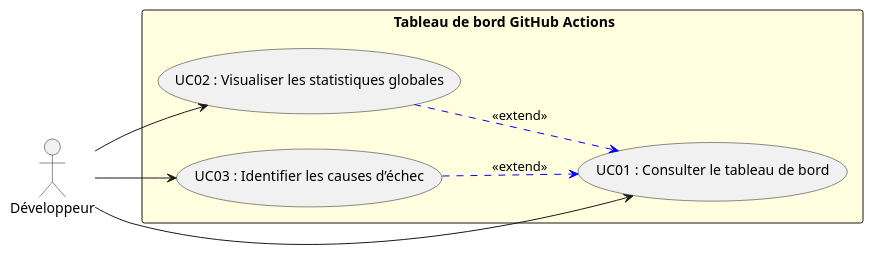
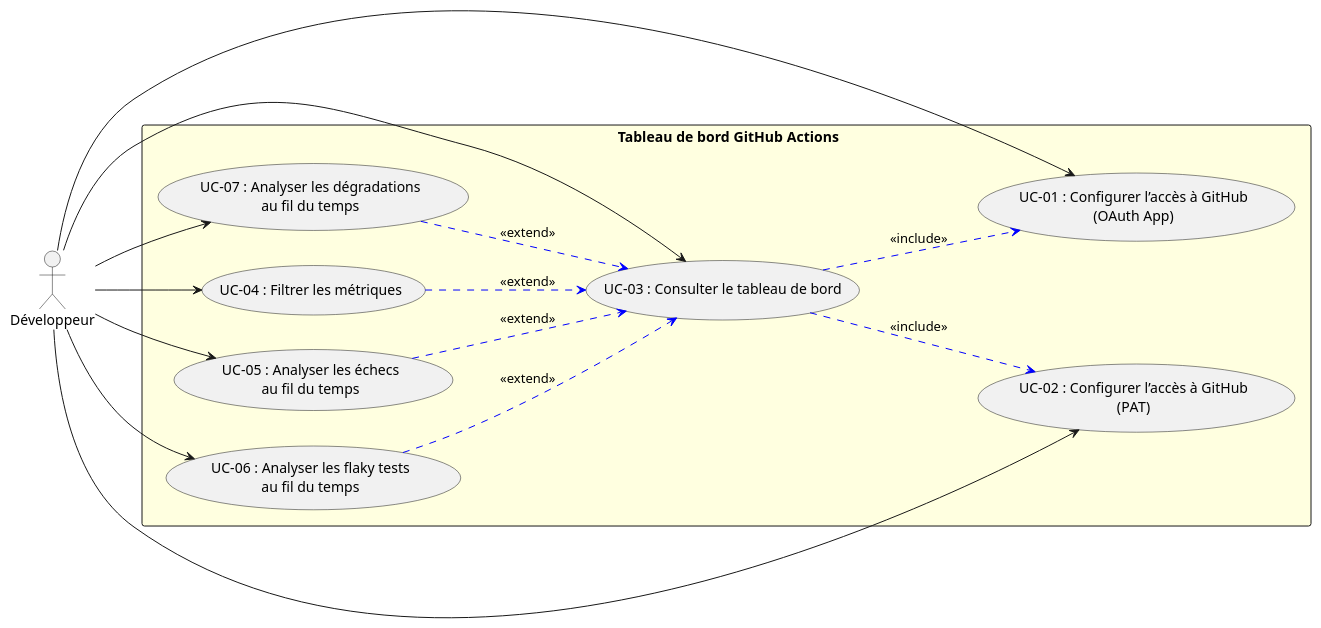
Before and after one commit to stilab-ets/GHA-Dashboard: the diagram in doc/use_case_diagram.puml, drawn with PlantUML. The commit also changed 25 other files, not shown here.

```diff
--- a/doc/use_case_diagram.puml
+++ b/doc/use_case_diagram.puml
@@ -1,21 +1,37 @@
 @startuml
 left to right direction
 actor "Développeur" as Dev
 
 rectangle " Tableau de bord GitHub Actions" #LightYellow {
-  
-  usecase "UC01 : Consulter le tableau de bord" as UC01
-  
-  usecase "UC02 : Visualiser les statistiques globales" as UC02
+  usecase "UC-01 : Configurer l’accès à GitHub\n(OAuth App)" as UC01
 
-  usecase "UC03 : Identifier les causes d’échec" as UC03
+  usecase "UC-02 : Configurer l’accès à GitHub\n(PAT)" as UC02
+
+  usecase "UC-03 : Consulter le tableau de bord" as UC03
+
+  usecase "UC-04 : Filtrer les métriques" as UC04
+
+  usecase "UC-05 : Analyser les échecs\nau fil du temps" as UC05
+
+  usecase "UC-06 : Analyser les flaky tests\nau fil du temps" as UC06
+
+  usecase "UC-07 : Analyser les dégradations\nau fil du temps" as UC07
 }
 
 Dev --> UC01
 Dev --> UC02
 Dev --> UC03
+Dev --> UC04
+Dev --> UC05
+Dev --> UC06
+Dev --> UC07
 
-UC02 -[#blue,dashed]-> UC01 : <<extend>>
-UC03 -[#blue,dashed]-> UC01 : <<extend>>
+UC03 -[#blue,dashed]-> UC01 : <<include>>
+UC03 -[#blue,dashed]-> UC02 : <<include>>
+
+UC04 -[#blue,dashed]-> UC03 : <<extend>>
+UC05 -[#blue,dashed]-> UC03 : <<extend>>
+UC06 -[#blue,dashed]-> UC03 : <<extend>>
+UC07 -[#blue,dashed]-> UC03 : <<extend>>
 
 @enduml
```
